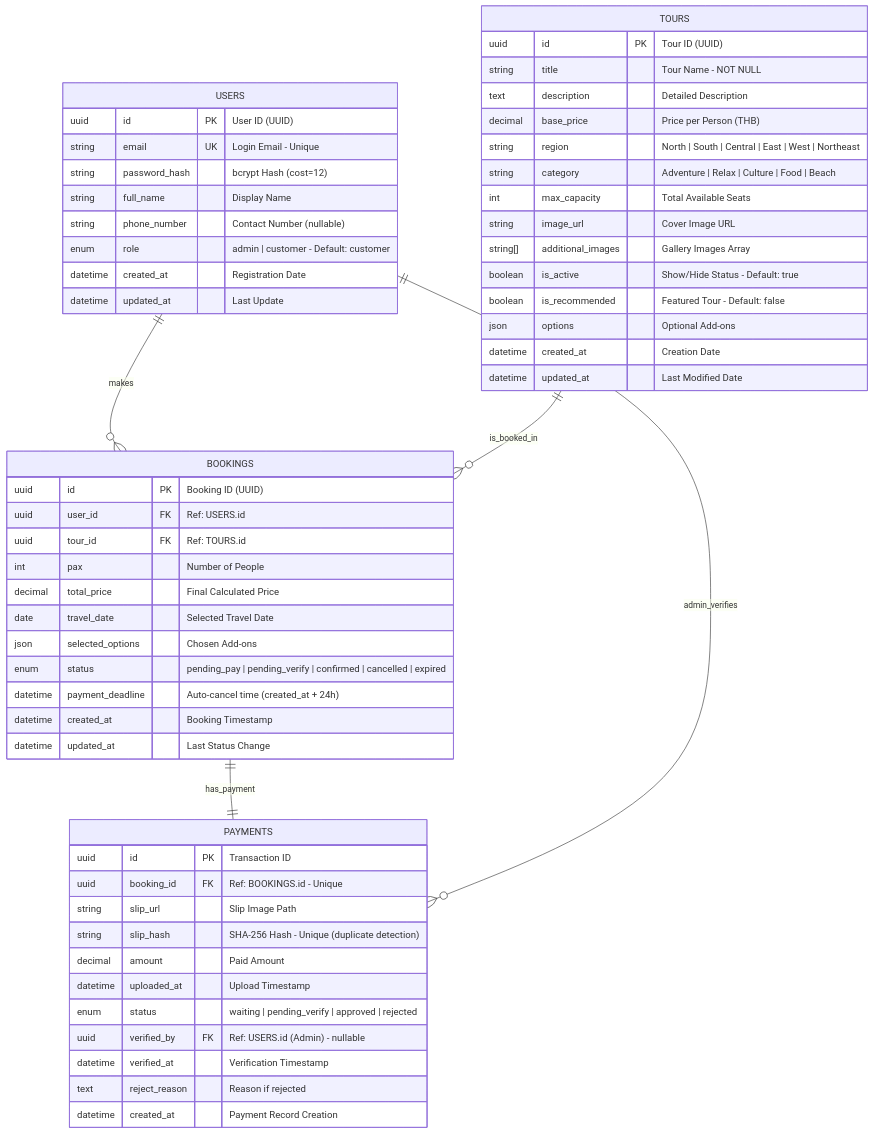
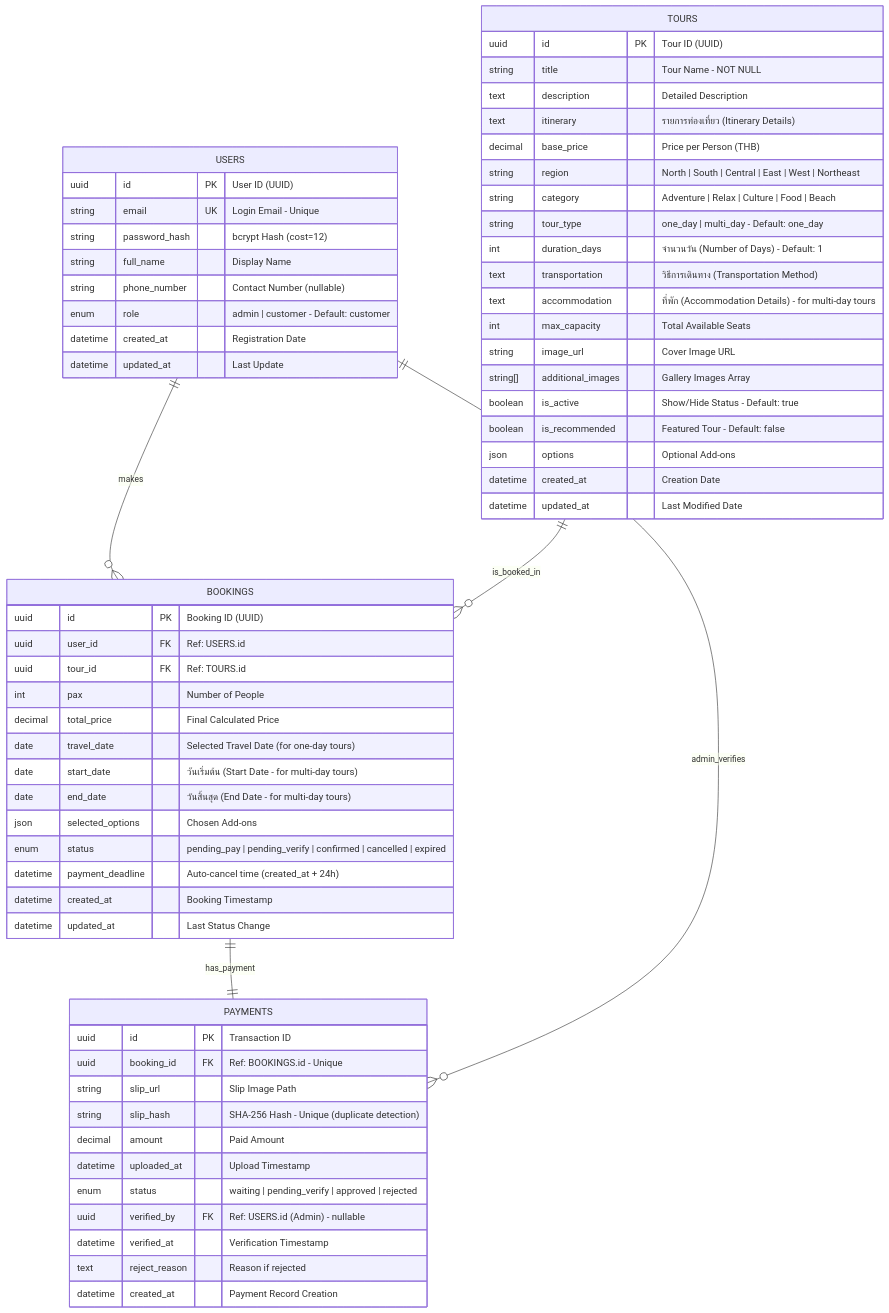
The diagram in system_based/Database Design.md (psu6810110135/final_porj), drawn with Mermaid before and after one commit. The commit also changed other lines of this file and 3 other files, not shown here.

````diff
--- a/system_based/Database Design.md
+++ b/system_based/Database Design.md
@@ -30,68 +30,75 @@
 ```mermaid
 erDiagram
     %% ========== User Management ==========
     USERS {
         uuid id PK "User ID (UUID)"
         string email UK "Login Email - Unique"
         string password_hash "bcrypt Hash (cost=12)"
         string full_name "Display Name"
         string phone_number "Contact Number (nullable)"
         enum role "admin | customer - Default: customer"
         datetime created_at "Registration Date"
         datetime updated_at "Last Update"
     }
 
     %% ========== Tour Management ==========
     TOURS {
         uuid id PK "Tour ID (UUID)"
         string title "Tour Name - NOT NULL"
         text description "Detailed Description"
+        text itinerary "รายการท่องเที่ยว (Itinerary Details)"
         decimal base_price "Price per Person (THB)"
         string region "North | South | Central | East | West | Northeast"
         string category "Adventure | Relax | Culture | Food | Beach"
+        string tour_type "one_day | multi_day - Default: one_day"
+        int duration_days "จำนวนวัน (Number of Days) - Default: 1"
+        text transportation "วิธีการเดินทาง (Transportation Method)"
+        text accommodation "ที่พัก (Accommodation Details) - for multi-day tours"
         int max_capacity "Total Available Seats"
         string image_url "Cover Image URL"
         string[] additional_images "Gallery Images Array"
         boolean is_active "Show/Hide Status - Default: true"
         boolean is_recommended "Featured Tour - Default: false"
         json options "Optional Add-ons"
         datetime created_at "Creation Date"
         datetime updated_at "Last Modified Date"
     }
 
     %% ========== Booking System ==========
     BOOKINGS {
         uuid id PK "Booking ID (UUID)"
         uuid user_id FK "Ref: USERS.id"
         uuid tour_id FK "Ref: TOURS.id"
         int pax "Number of People"
         decimal total_price "Final Calculated Price"
-        date travel_date "Selected Travel Date"
+        date travel_date "Selected Travel Date (for one-day tours)"
+        date start_date "วันเริ่มต้น (Start Date - for multi-day tours)"
+        date end_date "วันสิ้นสุด (End Date - for multi-day tours)"
         json selected_options "Chosen Add-ons"
         enum status "pending_pay | pending_verify | confirmed | cancelled | expired"
         datetime payment_deadline "Auto-cancel time (created_at + 24h)"
         datetime created_at "Booking Timestamp"
         datetime updated_at "Last Status Change"
     }
 
     %% ========== Payment & Transactions ==========
     PAYMENTS {
         uuid id PK "Transaction ID"
         uuid booking_id FK "Ref: BOOKINGS.id - Unique"
         string slip_url "Slip Image Path"
         string slip_hash "SHA-256 Hash - Unique (duplicate detection)"
         decimal amount "Paid Amount"
         datetime uploaded_at "Upload Timestamp"
         enum status "waiting | pending_verify | approved | rejected"
         uuid verified_by FK "Ref: USERS.id (Admin) - nullable"
         datetime verified_at "Verification Timestamp"
         text reject_reason "Reason if rejected"
         datetime created_at "Payment Record Creation"
     }
 
     %% ========== Relationships ==========
     USERS ||--o{ BOOKINGS : "makes"
     TOURS ||--o{ BOOKINGS : "is_booked_in"
     BOOKINGS ||--|| PAYMENTS : "has_payment"
     USERS ||--o{ PAYMENTS : "admin_verifies"
 ```
````
